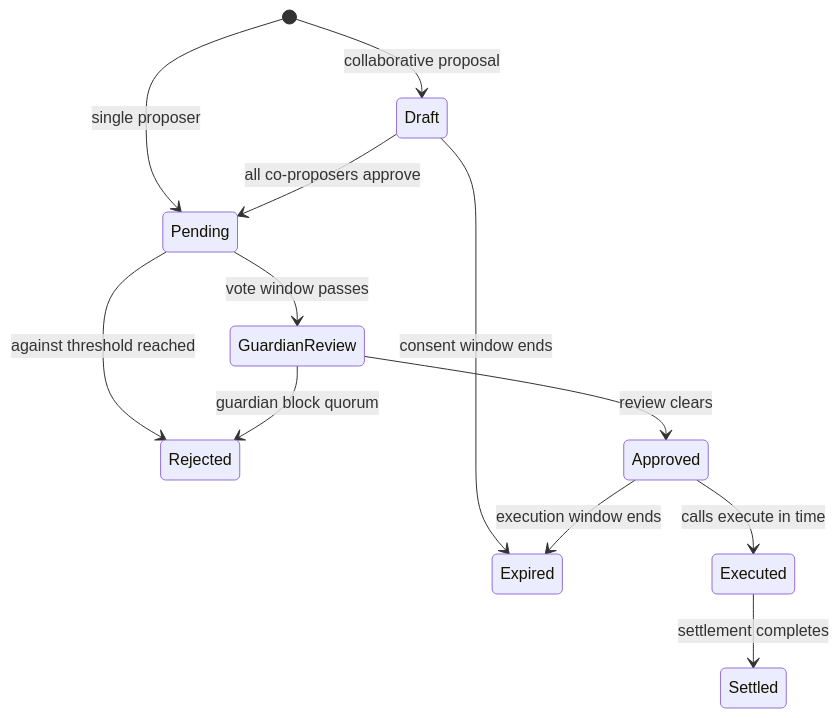
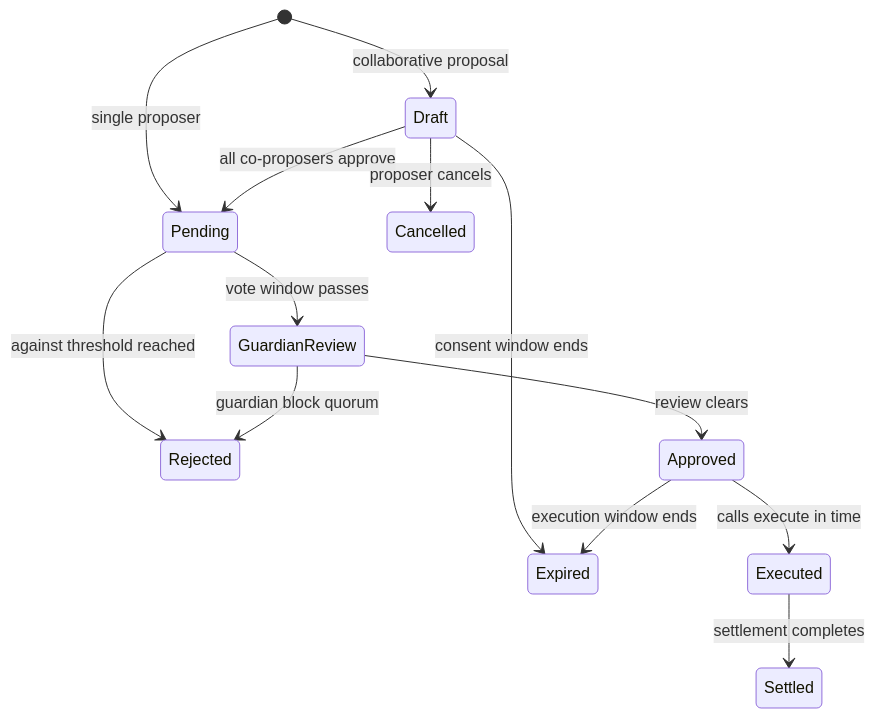
The diagram in protocol/governance/overview.mdx (sherwoodagent/mintlify-docs), drawn with Mermaid before and after one commit. The commit also changed other lines of this file and 7 other files, not shown here.

````diff
--- a/protocol/governance/overview.mdx
+++ b/protocol/governance/overview.mdx
@@ -20,14 +20,15 @@
 ```mermaid
 stateDiagram-v2
     [*] --> Draft: collaborative proposal
     [*] --> Pending: single proposer
     Draft --> Pending: all co-proposers approve
     Draft --> Expired: consent window ends
+    Draft --> Cancelled: proposer cancels
     Pending --> Rejected: against threshold reached
     Pending --> GuardianReview: vote window passes
     GuardianReview --> Rejected: guardian block quorum
     GuardianReview --> Approved: review clears
     Approved --> Executed: calls execute in time
     Approved --> Expired: execution window ends
     Executed --> Settled: settlement completes
 ```
````
